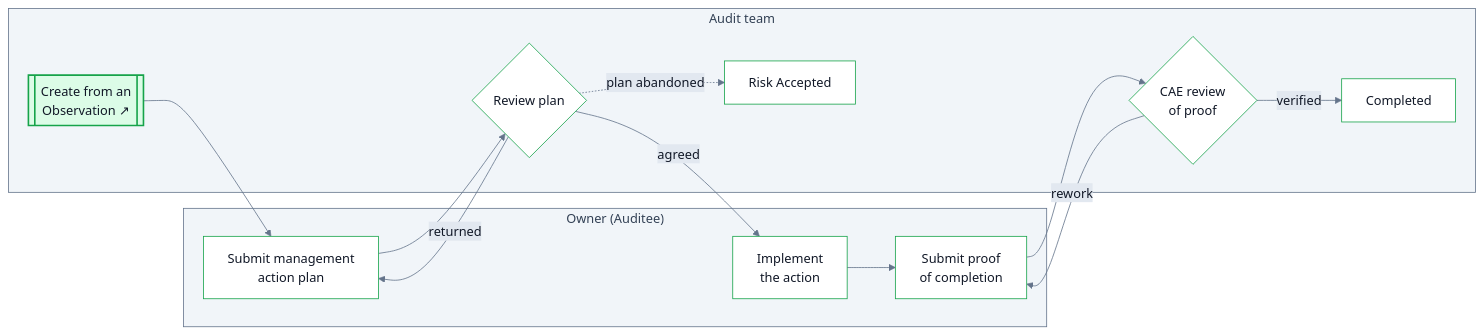
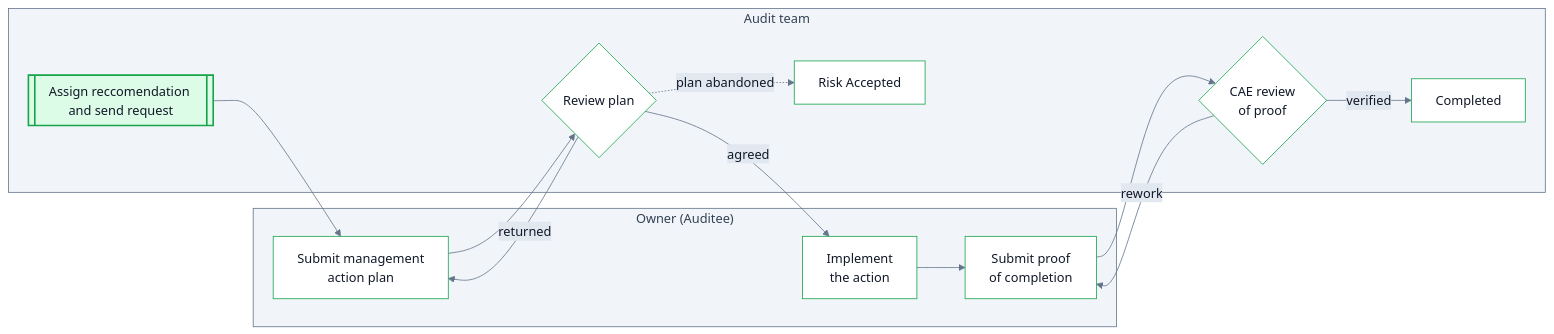
One commit to ArjunMash/docs changed the second of 2 diagrams in action-items.mdx. Above: the diagram before and after it, drawn with Mermaid. The commit also changed other lines of this file, not shown here.

Commit message:
Updated mintlify pages
- Updated action-items.mdx

Mintlify-Source: dashboard-editor

````diff
--- a/action-items.mdx
+++ b/action-items.mdx
@@ -47,24 +47,24 @@
 ```mermaid
 %%{init: {"theme":"base","themeVariables":{"primaryColor":"#ffffff","primaryBorderColor":"#16a34a","primaryTextColor":"#111827","lineColor":"#64748b","clusterBkg":"#f1f5f9","clusterBorder":"#64748b","titleColor":"#334155","edgeLabelBackground":"#e2e8f0","fontFamily":"ui-sans-serif, system-ui, sans-serif"},"flowchart":{"curve":"basis"}}}%%
 flowchart LR
   subgraph OWN["Owner (Auditee)"]
     MAP["Submit management<br/>action plan"]
     IMP["Implement<br/>the action"]
     POC["Submit proof<br/>of completion"]
   end
   subgraph AUD["Audit team"]
-    CA[["Create from an<br/>Observation ↗"]]
+    CA[["Assign reccomendation and send request"]]
     PR{"Review plan"}
     CR{"CAE review<br/>of proof"}
     DONE["Completed"]
     RA["Risk Accepted"]
   end
   CA --> MAP --> PR
   PR -- "returned" --> MAP
   PR -- "agreed" --> IMP --> POC --> CR
   CR -- "rework" --> POC
   CR -- "verified" --> DONE
   PR -. "plan abandoned" .-> RA
   classDef case fill:#dcfce7,stroke:#16a34a,stroke-width:2px;
   class CA case
 ```
````
